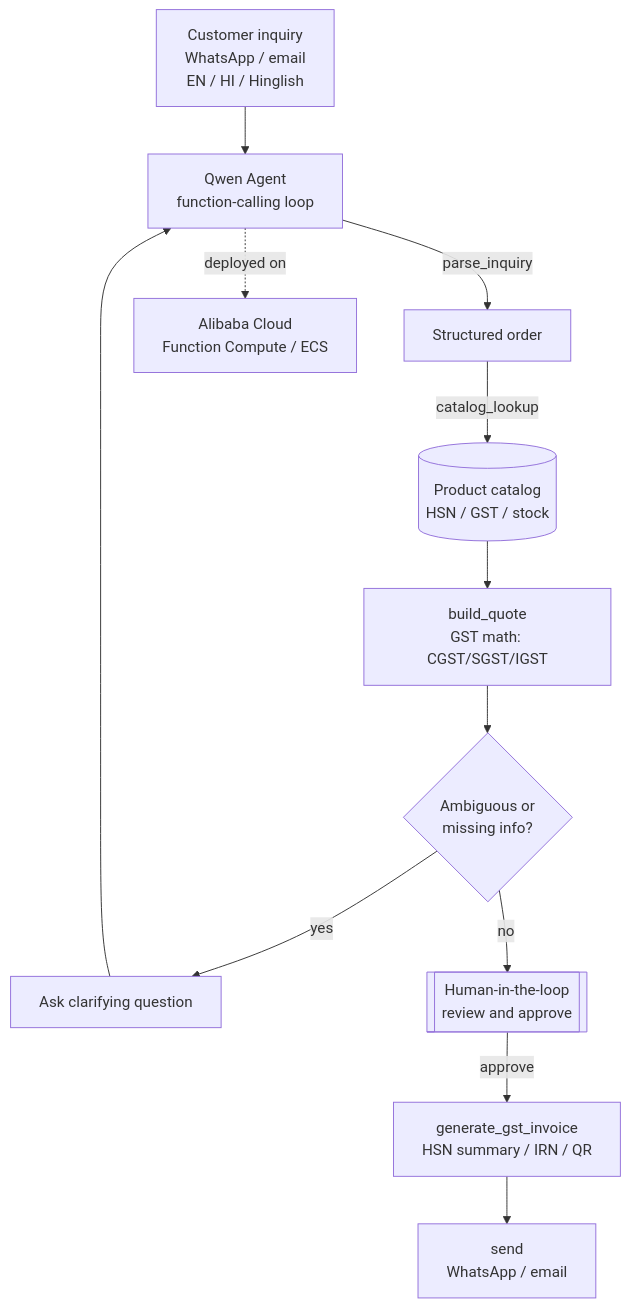
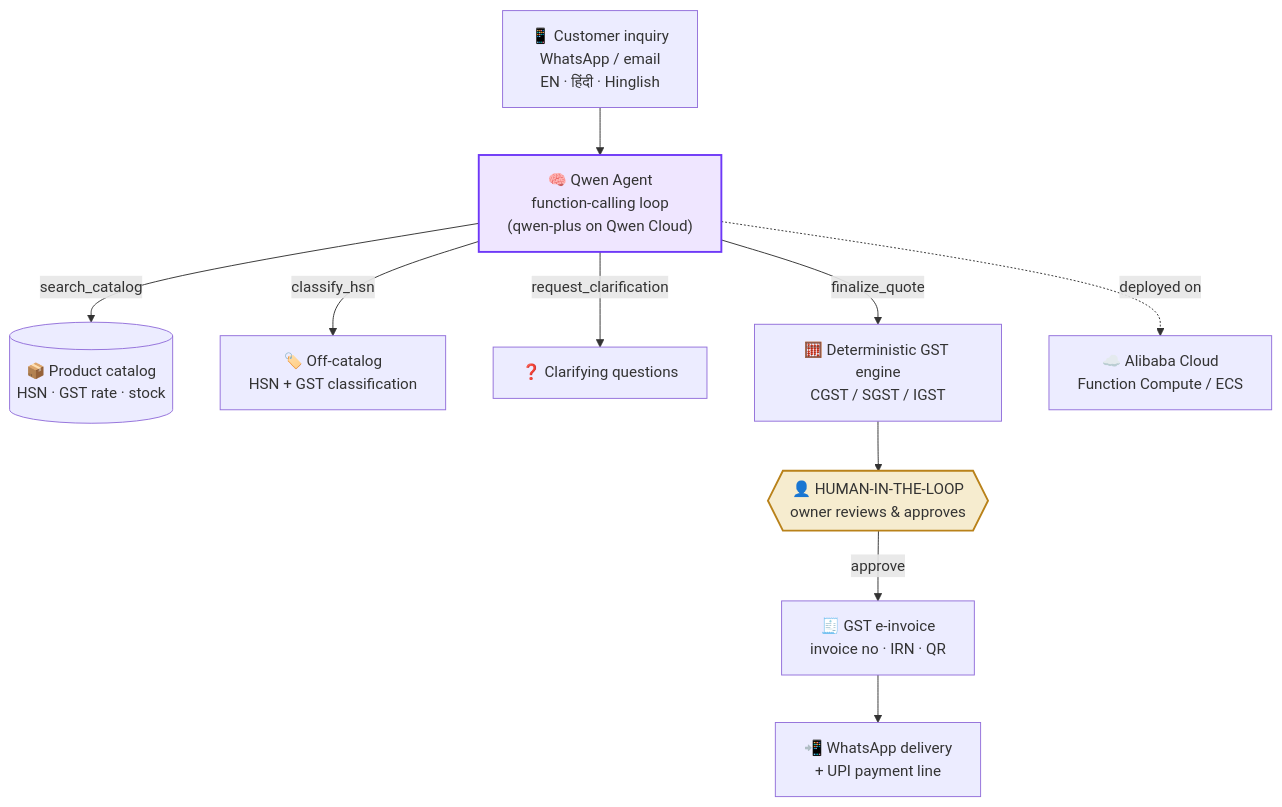
The diagram in README.md (SaudSatopay/vyaparai), drawn with Mermaid before and after one commit. The commit also changed other lines of this file and 2 other files, not shown here.

````diff
--- a/README.md
+++ b/README.md
@@ -28,14 +95,14 @@
 ```mermaid
 flowchart TD
-    A[Customer inquiry<br/>WhatsApp / email<br/>EN / HI / Hinglish] --> B[Qwen Agent<br/>function-calling loop]
-    B -->|parse_inquiry| C[Structured order]
-    C -->|catalog_lookup| D[(Product catalog<br/>HSN / GST / stock)]
-    D --> E[build_quote<br/>GST math: CGST/SGST/IGST]
-    E --> F{Ambiguous or<br/>missing info?}
-    F -->|yes| G[Ask clarifying question]
-    G --> B
-    F -->|no| H[[Human-in-the-loop<br/>review and approve]]
-    H -->|approve| I[generate_gst_invoice<br/>HSN summary / IRN / QR]
-    I --> J[send<br/>WhatsApp / email]
-    B -.deployed on.-> K[Alibaba Cloud<br/>Function Compute / ECS]
+    A["📱 Customer inquiry<br/>WhatsApp / email<br/>EN · हिंदी · Hinglish"] --> B["🧠 Qwen Agent<br/>function-calling loop<br/>(qwen-plus on Qwen Cloud)"]
+    B -->|search_catalog| D[("📦 Product catalog<br/>HSN · GST rate · stock")]
+    B -->|classify_hsn| E["🏷️ Off-catalog<br/>HSN + GST classification"]
+    B -->|request_clarification| F["❓ Clarifying questions"]
+    B -->|finalize_quote| G["🧮 Deterministic GST engine<br/>CGST / SGST / IGST"]
+    G --> H{{"👤 HUMAN-IN-THE-LOOP<br/>owner reviews & approves"}}
+    H -->|approve| I["🧾 GST e-invoice<br/>invoice no · IRN · QR"]
+    I --> J["📲 WhatsApp delivery<br/>+ UPI payment line"]
+    B -.deployed on.-> K["☁️ Alibaba Cloud<br/>Function Compute / ECS"]
+    style H fill:#f6eccf,stroke:#b9821a,stroke-width:2px
+    style B fill:#efe6ff,stroke:#6e38f7,stroke-width:2px
 ```
````
